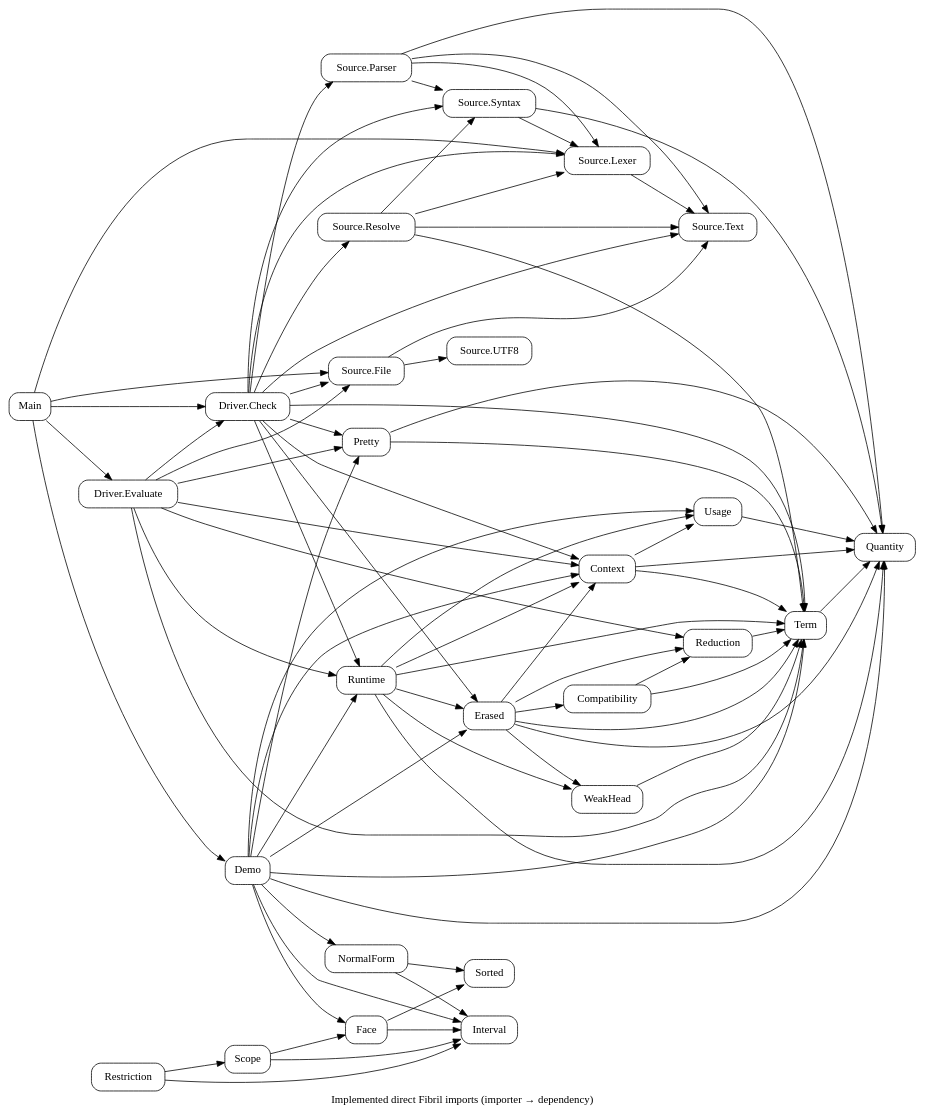
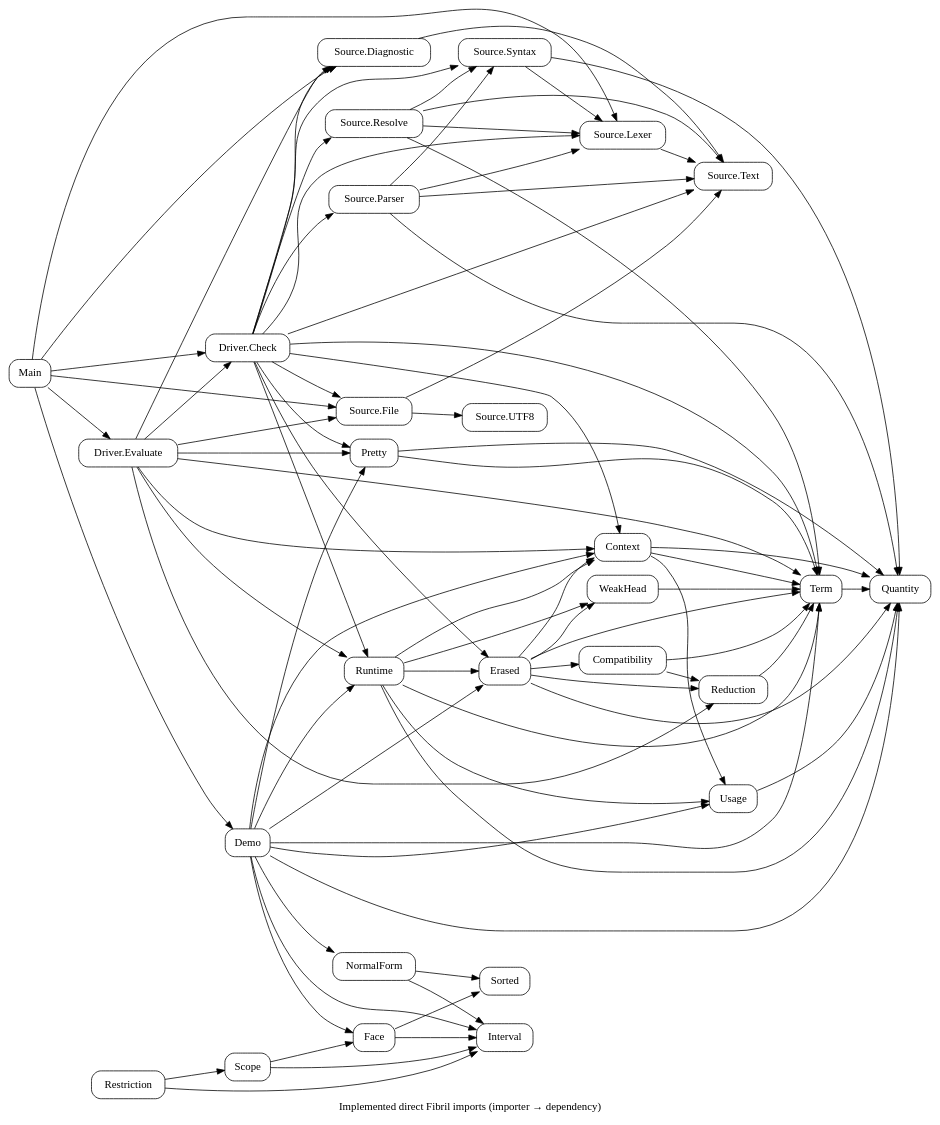
The diagram in docs/diagrams/modules.dot (odunboye/fibril), drawn with Graphviz before and after one commit. The commit also changed 19 other files, not shown here.

```diff
--- a/docs/diagrams/modules.dot
+++ b/docs/diagrams/modules.dot
@@ -1,24 +1,25 @@
 digraph Modules {
 rankdir=LR; node [shape=box,style=rounded];
 "Source.File" -> {"Source.UTF8" "Source.Text"};
-Main -> {"Source.File" "Source.Lexer"};
+Main -> {"Source.File" "Source.Lexer" "Source.Diagnostic"};
+"Source.Diagnostic" -> "Source.Text";
 "Source.Lexer" -> "Source.Text";
 "Source.Syntax" -> {Quantity "Source.Lexer"};
 "Source.Parser" -> {Quantity "Source.Text" "Source.Lexer" "Source.Syntax"};
 "Source.Resolve" -> {Term "Source.Text" "Source.Lexer" "Source.Syntax"};
-"Driver.Check" -> {"Source.Text" "Source.Lexer" "Source.Syntax" "Source.Parser" "Source.Resolve" "Source.File" Term Context Pretty Erased Runtime};
+"Driver.Check" -> {"Source.Text" "Source.Lexer" "Source.Syntax" "Source.Parser" "Source.Resolve" "Source.File" "Source.Diagnostic" Term Context Pretty Erased Runtime};
 Main -> {"Driver.Check" "Driver.Evaluate"};
-"Driver.Evaluate" -> {Context Term Pretty Reduction Runtime "Source.File" "Driver.Check"};
+"Driver.Evaluate" -> {Context Term Pretty Reduction Runtime "Source.File" "Source.Diagnostic" "Driver.Check"};
 Quantity; Interval; NormalForm; Face; Scope; Restriction; Term;
 NormalForm -> {Interval Sorted}; Face -> {Interval Sorted};
 Scope -> {Interval Face}; Restriction -> {Interval Scope};
 Demo -> {Quantity Term Context Usage Pretty Erased Runtime Interval NormalForm Face};
 Main -> Demo;
 Pretty -> {Quantity Term};
 Term -> Quantity; Usage -> Quantity; Context -> {Quantity Term Usage};
 Reduction -> Term; WeakHead -> Term;
 Compatibility -> {Term Reduction};
 Erased -> {Quantity Term Context Compatibility WeakHead Reduction};
 Runtime -> {Quantity Term Context Usage WeakHead Erased};
 label="Implemented direct Fibril imports (importer → dependency)";
 }
```
